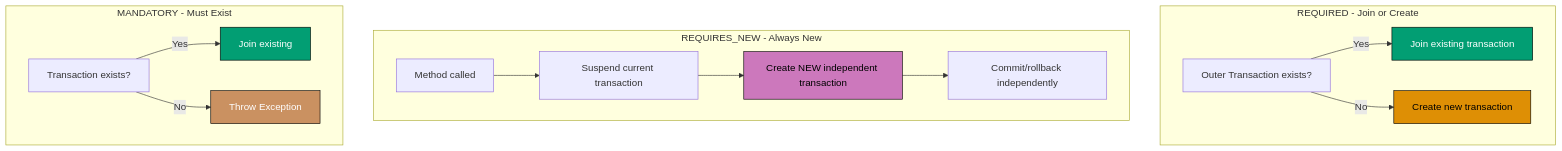
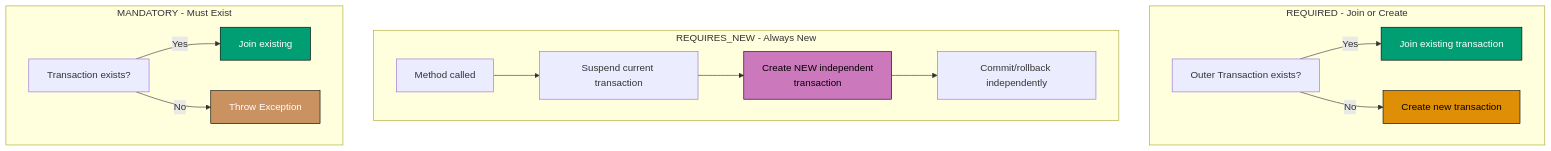
The seventh of 13 diagrams in apps/ayokoding-web/content/en/learn/software-engineering/platforms/web/tools/jvm-spring/by-example/intermediate.md (wahidyankf/baseerah), drawn with Mermaid before and after one commit. The commit also changed other lines of this file and 17 other files, not shown here.

First line of the commit message:
fix(ci): scope pre-push mermaid check to governance + docs dirs

````diff
--- a/apps/ayokoding-web/content/en/learn/software-engineering/platforms/web/tools/jvm-spring/by-example/intermediate.md
+++ b/apps/ayokoding-web/content/en/learn/software-engineering/platforms/web/tools/jvm-spring/by-example/intermediate.md
@@ -1853,24 +1853,24 @@
 ```mermaid
 graph TD
     subgraph REQUIRED [REQUIRED - Join or Create]
         A1[Outer Transaction exists?] -->|Yes| B1[Join existing transaction]
         A1 -->|No| C1[Create new transaction]
     end
 
     subgraph REQUIRES_NEW [REQUIRES_NEW - Always New]
         A2[Method called] --> B2[Suspend current transaction]
-        B2 --> C2[Create NEW independent transaction]
+        B2 --> C2[Create NEW independent<br/>transaction]
         C2 --> D2[Commit/rollback independently]
     end
 
     subgraph MANDATORY [MANDATORY - Must Exist]
         A3[Transaction exists?] -->|Yes| B3[Join existing]
         A3 -->|No| C3[Throw Exception]
     end
 
     style B1 fill:#029E73,stroke:#000,color:#fff
     style C1 fill:#DE8F05,stroke:#000,color:#000
     style C2 fill:#CC78BC,stroke:#000,color:#000
     style B3 fill:#029E73,stroke:#000,color:#fff
     style C3 fill:#CA9161,stroke:#000,color:#fff
 ```
````
